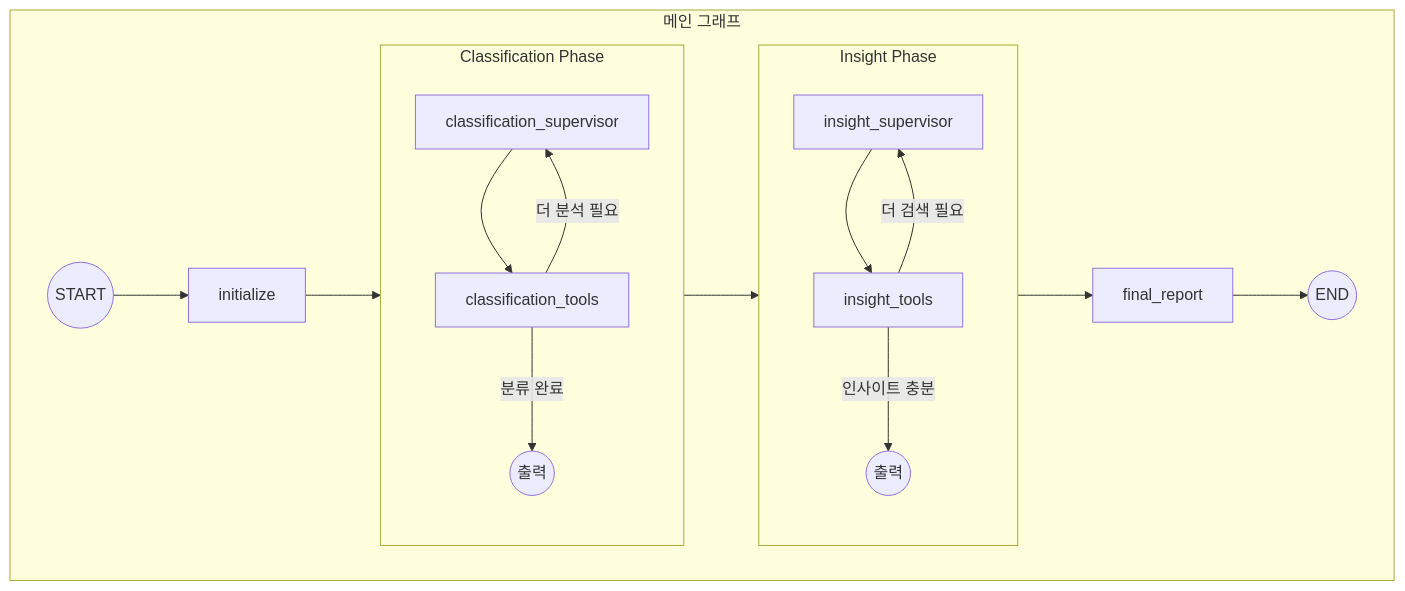
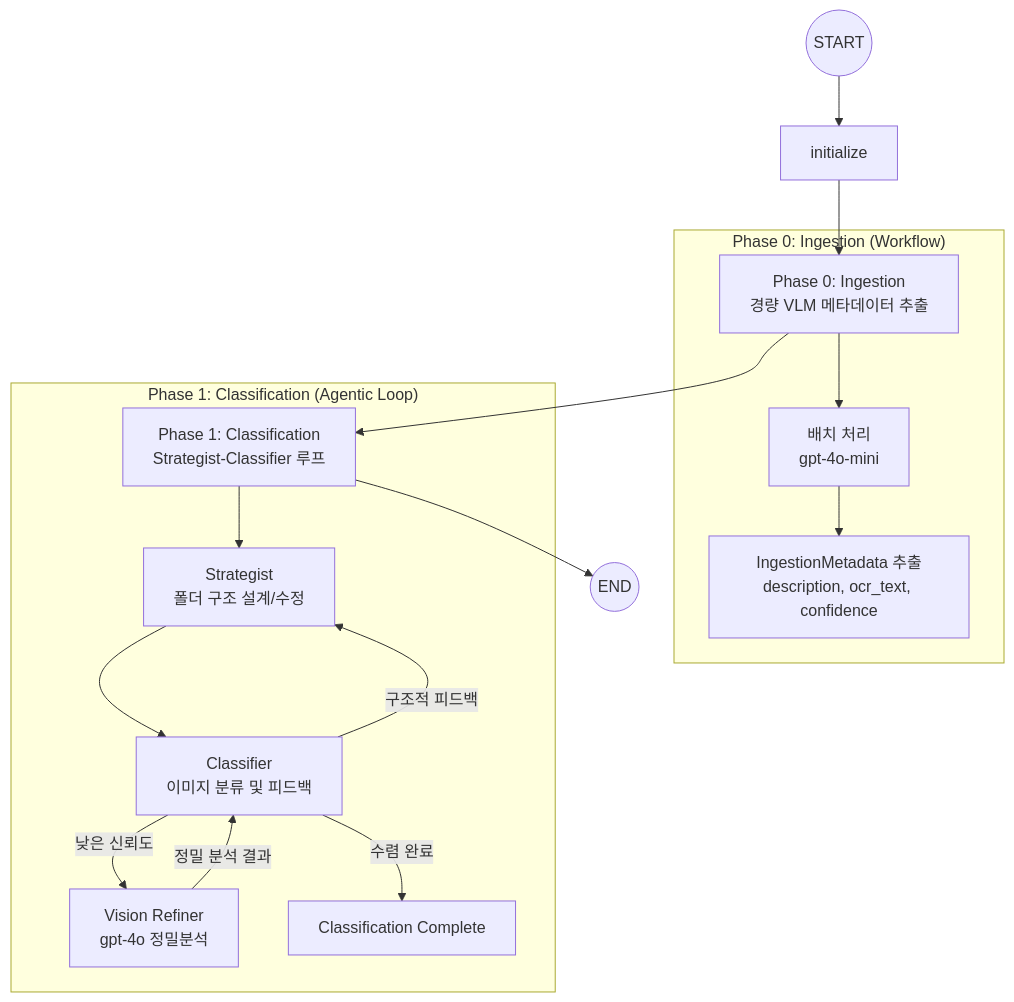
The diagram in README.md (hnjee/capture-insight), drawn with Mermaid before and after one commit. The commit also changed other lines of this file, not shown here.

````diff
--- a/README.md
+++ b/README.md
@@ -38,24 +18,21 @@
 ```mermaid
 flowchart TB
-    subgraph Main["메인 그래프"]
-        START((START)) --> init[initialize]
-        init --> phase1
-        
-        subgraph phase1["Classification Phase"]
-            cs[classification_supervisor] --> ct[classification_tools]
-            ct -->|"더 분석 필요"| cs
-            ct -->|"분류 완료"| phase1_end((출력))
-        end
-        
-        phase1 --> phase2
-        
-        subgraph phase2["Insight Phase"]
-            is[insight_supervisor] --> it[insight_tools]
-            it -->|"더 검색 필요"| is
-            it -->|"인사이트 충분"| phase2_end((출력))
-        end
-        
-        phase2 --> report[final_report]
-        report --> END((END))
+    START((START)) --> init[initialize]
+    init --> ingestion[Phase 0: Ingestion<br/>경량 VLM 메타데이터 추출]
+    ingestion --> classification[Phase 1: Classification<br/>Strategist-Classifier 루프]
+    classification --> END((END))
+    
+    subgraph ingestion_phase["Phase 0: Ingestion (Workflow)"]
+        ingestion --> batch[배치 처리<br/>gpt-4o-mini]
+        batch --> metadata[IngestionMetadata 추출<br/>description, ocr_text, confidence]
+    end
+    
+    subgraph classification_phase["Phase 1: Classification (Agentic Loop)"]
+        classification --> strategist[Strategist<br/>폴더 구조 설계/수정]
+        strategist --> classifier[Classifier<br/>이미지 분류 및 피드백]
+        classifier -->|낮은 신뢰도| refiner[Vision Refiner<br/>gpt-4o 정밀분석]
+        classifier -->|구조적 피드백| strategist
+        refiner -->|정밀 분석 결과| classifier
+        classifier -->|수렴 완료| complete[Classification Complete]
     end
 ```
````
